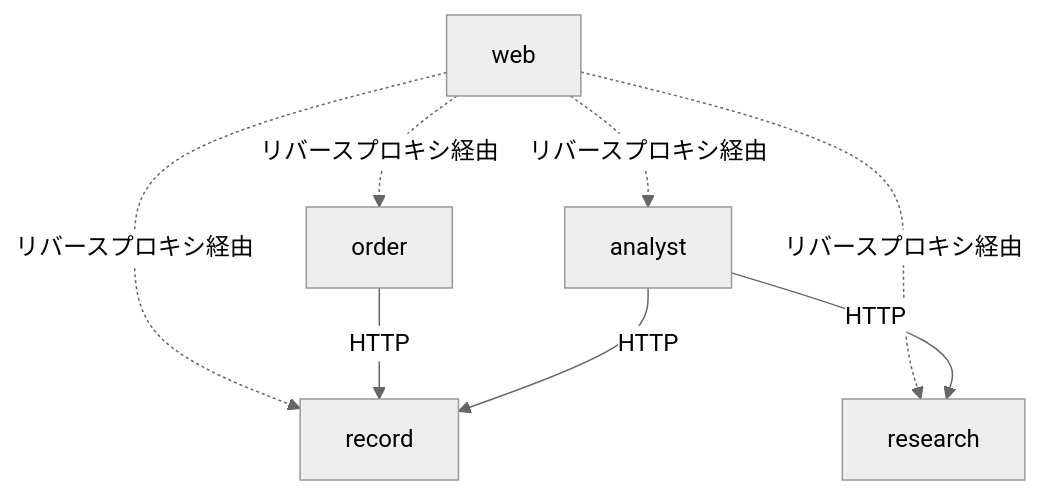
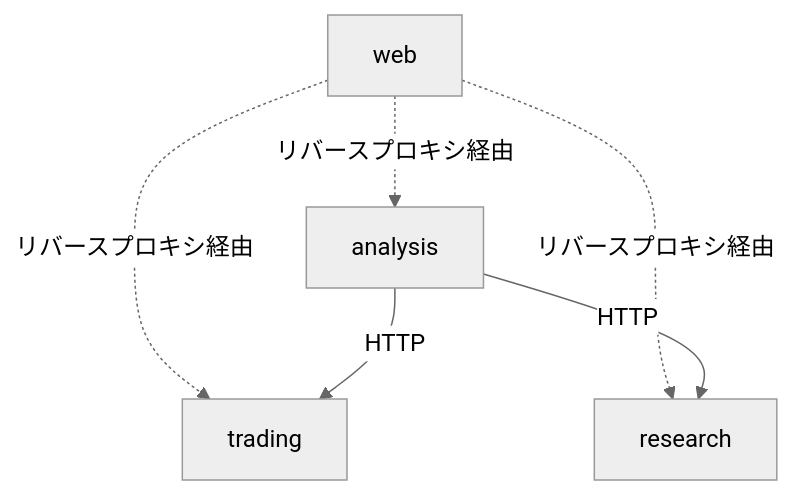
The diagram in docs/spec/01_アーキテクチャ設計.md (td-1209/trader), drawn with Mermaid (neutral theme) before and after one commit. The commit also changed other lines of this file and 7 other files, not shown here.

````diff
--- a/docs/spec/01_アーキテクチャ設計.md
+++ b/docs/spec/01_アーキテクチャ設計.md
@@ -41,10 +39,8 @@
 ```mermaid
 graph TD
-    WEB[web] -.->|リバースプロキシ経由| ORDER
-    WEB -.->|リバースプロキシ経由| RECORD
+    WEB[web] -.->|リバースプロキシ経由| TRADING
     WEB -.->|リバースプロキシ経由| RESEARCH
     WEB -.->|リバースプロキシ経由| ANALYST
-    ORDER[order] -->|HTTP| RECORD[record]
-    ANALYST[analyst] -->|HTTP| RECORD
+    ANALYST[analysis] -->|HTTP| TRADING[trading]
     ANALYST -->|HTTP| RESEARCH[research]
 ```
````
